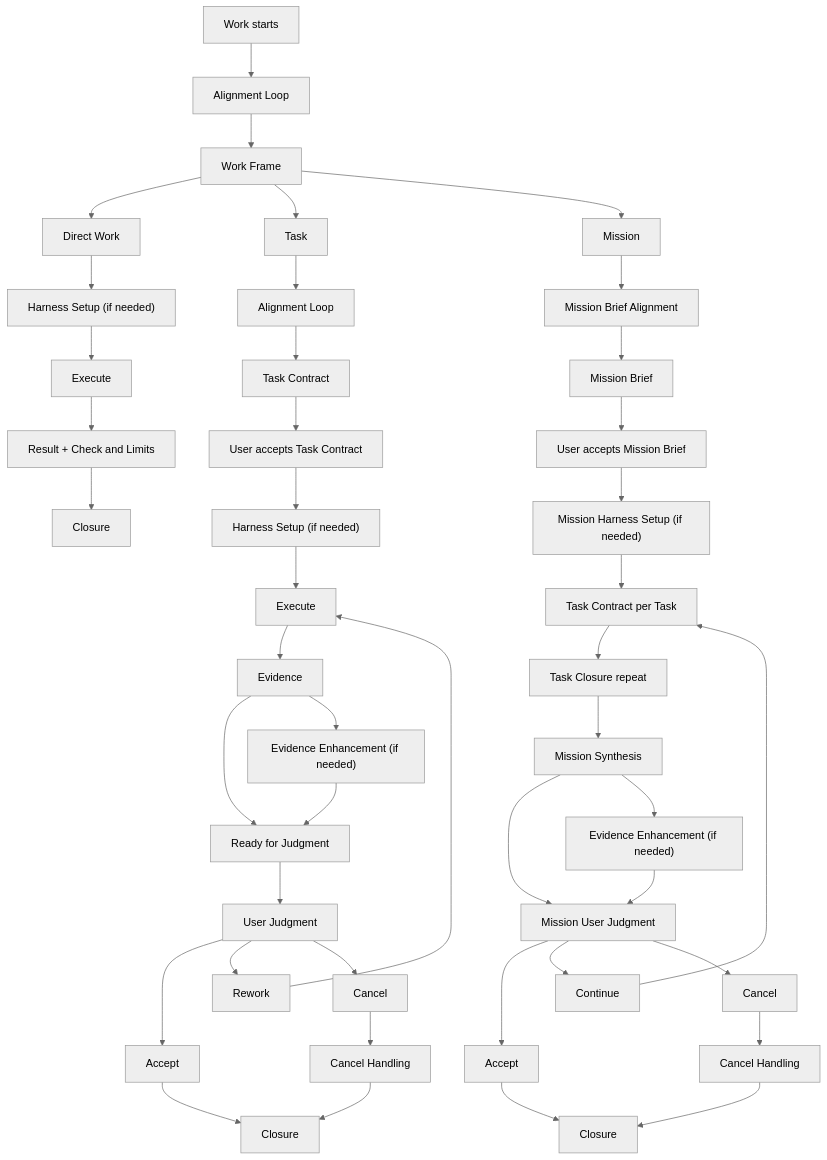
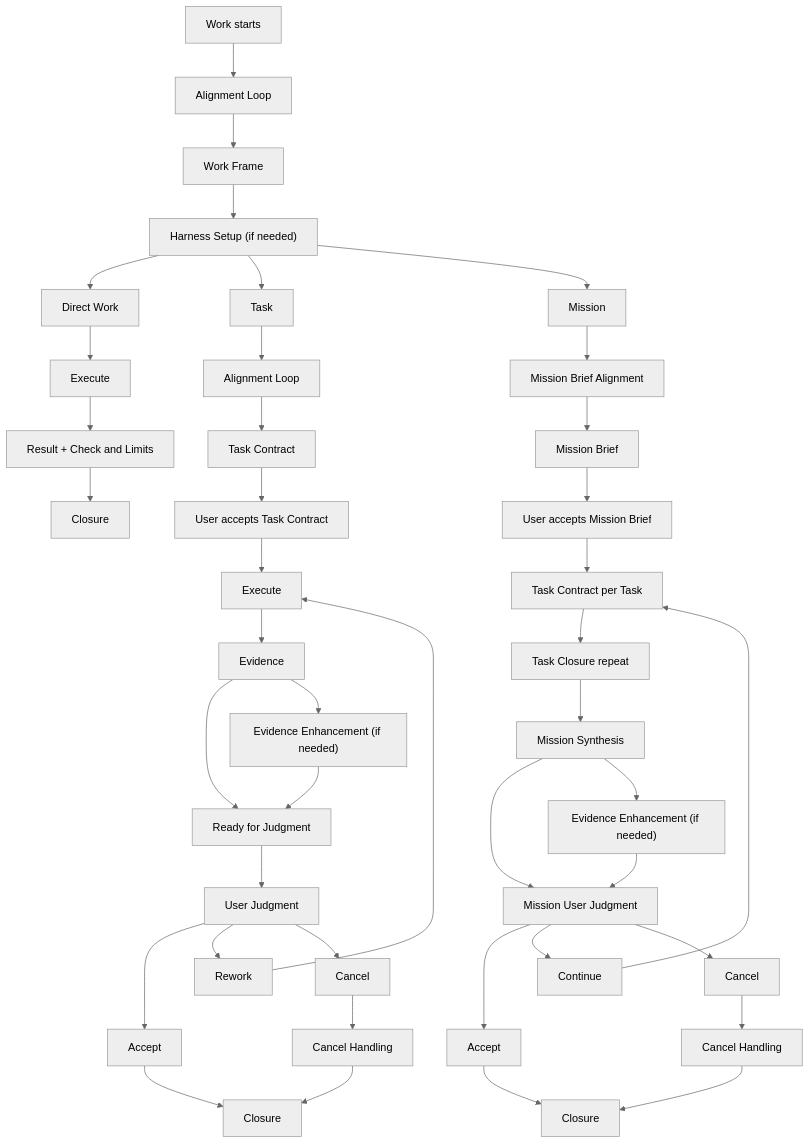
The diagram in docs/workflow/index.md (choam2426/Geas), drawn with Mermaid (neutral theme) before and after one commit. The commit also changed other lines of this file and 6 other files, not shown here.

````diff
--- a/docs/workflow/index.md
+++ b/docs/workflow/index.md
@@ -35,50 +35,48 @@
 ```mermaid
 flowchart TD
   start["Work starts"] --> align["Alignment Loop"]
   align --> frame["Work Frame"]
 
-  frame --> direct["Direct Work"]
-  frame --> task["Task"]
-  frame --> mission["Mission"]
+  frame --> harness["Harness Setup (if needed)"]
+  harness --> direct["Direct Work"]
+  harness --> task["Task"]
+  harness --> mission["Mission"]
 
-  direct --> directHarness["Harness Setup (if needed)"]
-  directHarness --> directExecute["Execute"]
+  direct --> directExecute["Execute"]
   directExecute --> directResult["Result + Check and Limits"]
   directResult --> directClosure["Closure"]
 
   task --> taskAlign["Alignment Loop"]
   taskAlign --> contract["Task Contract"]
   contract --> contractAccept["User accepts Task Contract"]
-  contractAccept --> taskHarness["Harness Setup (if needed)"]
-  taskHarness --> taskExecute["Execute"]
+  contractAccept --> taskExecute["Execute"]
   taskExecute --> taskEvidence["Evidence"]
   taskEvidence --> taskReady["Ready for Judgment"]
   taskEvidence --> taskEvidenceEnhance["Evidence Enhancement (if needed)"]
   taskEvidenceEnhance --> taskReady
   taskReady --> taskJudgment["User Judgment"]
   taskJudgment --> taskAccept["Accept"]
   taskAccept --> taskClosure["Closure"]
   taskJudgment --> taskRework["Rework"]
   taskJudgment --> taskCancel["Cancel"]
   taskRework --> taskExecute
   taskCancel --> taskCancelHandling["Cancel Handling"]
   taskCancelHandling --> taskClosure
 
   mission --> missionAlign["Mission Brief Alignment"]
   missionAlign --> brief["Mission Brief"]
   brief --> briefAccept["User accepts Mission Brief"]
-  briefAccept --> missionHarness["Mission Harness Setup (if needed)"]
-  missionHarness --> taskLoop["Task Contract per Task"]
+  briefAccept --> taskLoop["Task Contract per Task"]
   taskLoop --> taskRepeat["Task Closure repeat"]
   taskRepeat --> synthesis["Mission Synthesis"]
   synthesis --> missionJudgment["Mission User Judgment"]
   synthesis --> missionEvidenceEnhance["Evidence Enhancement (if needed)"]
   missionEvidenceEnhance --> missionJudgment
   missionJudgment --> missionAccept["Accept"]
   missionAccept --> missionClosure["Closure"]
   missionJudgment --> missionContinue["Continue"]
   missionJudgment --> missionCancel["Cancel"]
   missionContinue --> taskLoop
   missionCancel --> missionCancelHandling["Cancel Handling"]
   missionCancelHandling --> missionClosure
 ```
````
